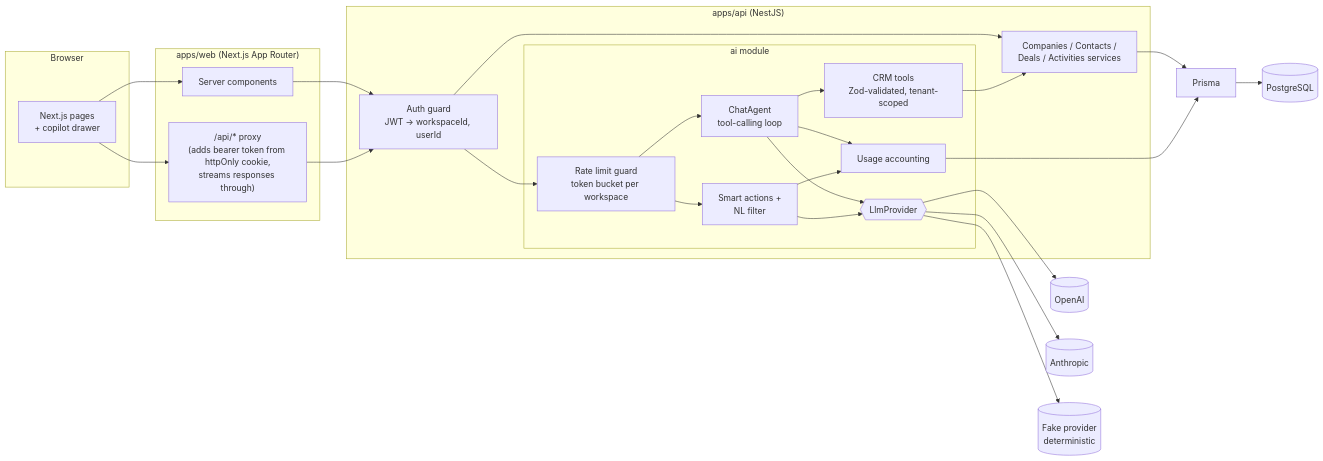
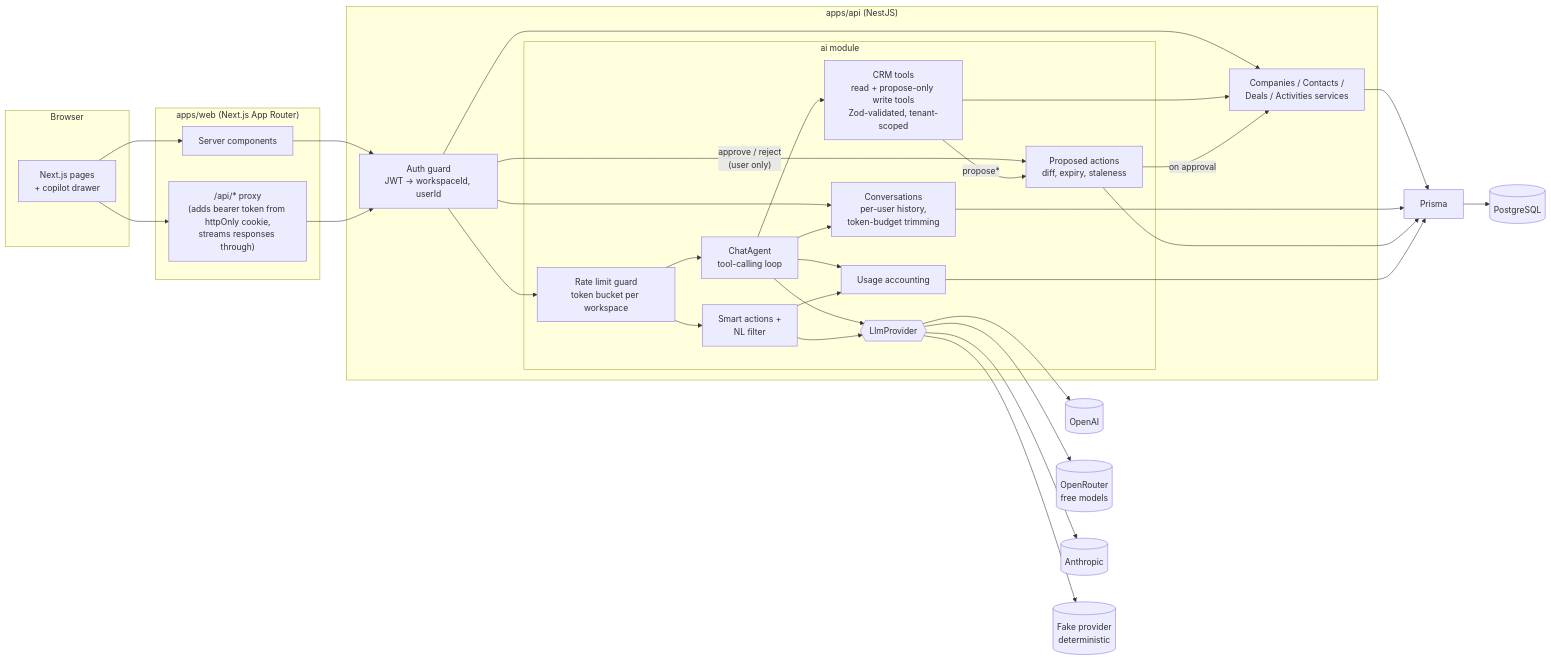
One commit to gelevanog/crm-copilot-nextjs changed the first of 3 diagrams in README.md. Above: the diagram before and after it, drawn with Mermaid. The commit also changed other lines of this file and 5 other files, not shown here.

First line of the commit message:
Document saved conversations, write actions and OpenRouter

````diff
--- a/README.md
+++ b/README.md
@@ -65,39 +84,46 @@
 ```mermaid
 flowchart LR
   subgraph Browser
     UI[Next.js pages<br/>+ copilot drawer]
   end
   subgraph Web["apps/web (Next.js App Router)"]
     RSC[Server components]
     BFF["/api/* proxy<br/>(adds bearer token from httpOnly cookie,<br/>streams responses through)"]
   end
   subgraph API["apps/api (NestJS)"]
     Auth[Auth guard<br/>JWT -> workspaceId, userId]
     CRM[Companies / Contacts /<br/>Deals / Activities services]
     subgraph AI[ai module]
       RL[Rate limit guard<br/>token bucket per workspace]
       Agent[ChatAgent<br/>tool-calling loop]
       Smart[Smart actions +<br/>NL filter]
-      Tools[CRM tools<br/>Zod-validated, tenant-scoped]
+      Tools[CRM tools<br/>read + propose-only write tools<br/>Zod-validated, tenant-scoped]
+      Conv[Conversations<br/>per-user history,<br/>token-budget trimming]
+      Props[Proposed actions<br/>diff, expiry, staleness]
       Usage[Usage accounting]
       Prov{{LlmProvider}}
     end
   end
   OpenAI[(OpenAI)]
+  OpenRouter[(OpenRouter<br/>free models)]
   Anthropic[(Anthropic)]
   Fake[(Fake provider<br/>deterministic)]
   DB[(PostgreSQL)]
 
   UI --> RSC & BFF
   RSC --> Auth
   BFF --> Auth
-  Auth --> CRM & RL
+  Auth --> CRM & RL & Conv
+  Auth -- "approve / reject<br/>(user only)" --> Props
   RL --> Agent & Smart
   Agent --> Prov
   Smart --> Prov
+  Agent --> Conv
   Agent --> Tools --> CRM
-  Prov --> OpenAI & Anthropic & Fake
+  Tools -- "propose*" --> Props
+  Props -- "on approval" --> CRM
+  Prov --> OpenAI & OpenRouter & Anthropic & Fake
   CRM --> Prisma[Prisma] --> DB
-  Usage --> Prisma
+  Conv & Props & Usage --> Prisma
   Agent & Smart --> Usage
 ```
````
